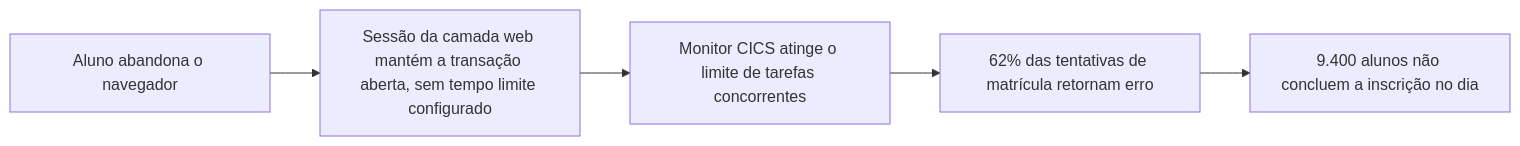
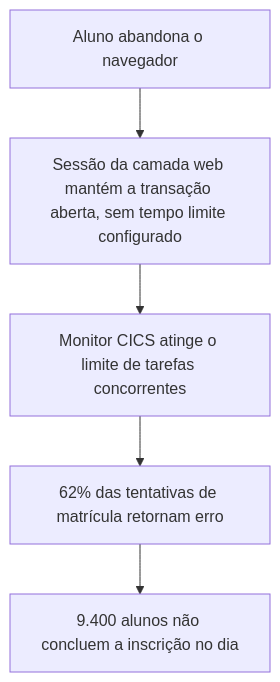
The diagram in docs/modulo-2-requisitos-e-partes-interessadas/bloco-3-cenarios-linha-de-base-e-restricoes.md (aulas-marco/projeto-arquitetura-software), drawn with Mermaid before and after one commit. The commit also changed 36 other files, not shown here.

First line of the commit message:
docs(aula-4): arquitetura de dados com DMBOK e diagramas legiveis

````diff
--- a/docs/modulo-2-requisitos-e-partes-interessadas/bloco-3-cenarios-linha-de-base-e-restricoes.md
+++ b/docs/modulo-2-requisitos-e-partes-interessadas/bloco-3-cenarios-linha-de-base-e-restricoes.md
@@ -149,7 +149,7 @@
 ```mermaid
-flowchart LR
+flowchart TB
     A["Aluno abandona o navegador"] --> B["Sessão da camada web mantém a transação aberta, sem tempo limite configurado"]
     B --> C["Monitor CICS atinge o limite de tarefas concorrentes"]
     C --> D["62% das tentativas de matrícula retornam erro"]
     D --> E["9.400 alunos não concluem a inscrição no dia"]
 ```
````
